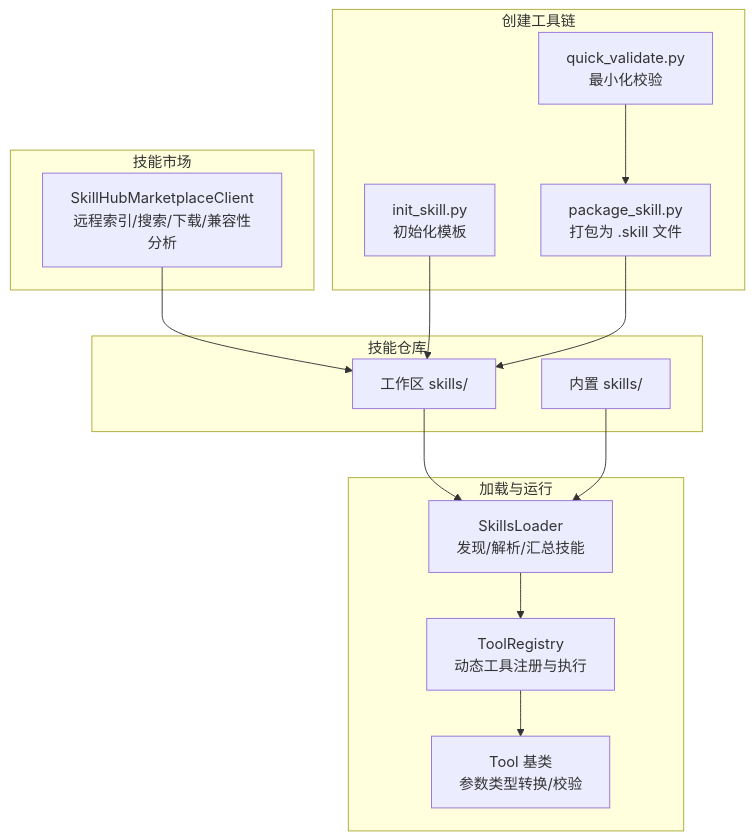
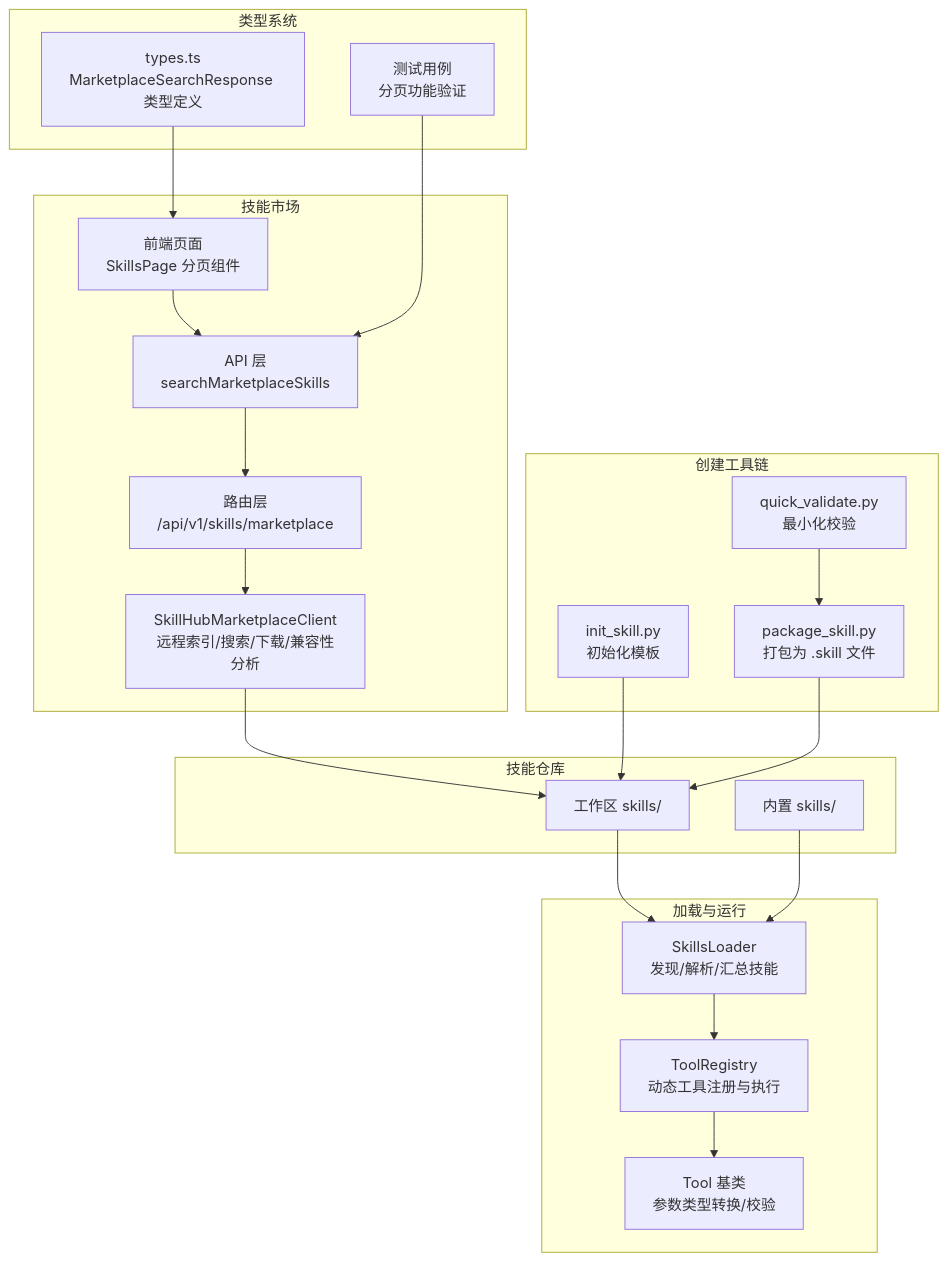
The first of 8 diagrams in .qoder/repowiki/zh/content/技能系统/技能系统.md (757607106/nanobot), drawn with Mermaid before and after one commit. The commit also changed other lines of this file and 60 other files, not shown here.

````diff
--- a/.qoder/repowiki/zh/content/技能系统/技能系统.md
+++ b/.qoder/repowiki/zh/content/技能系统/技能系统.md
@@ -37,28 +52,40 @@
 ```mermaid
 graph TB
 subgraph "技能仓库"
 WS["工作区 skills/"]
 BUILTIN["内置 skills/"]
 end
 subgraph "加载与运行"
 LOADER["SkillsLoader<br/>发现/解析/汇总技能"]
 REGISTRY["ToolRegistry<br/>动态工具注册与执行"]
 TOOL["Tool 基类<br/>参数类型转换/校验"]
 end
 subgraph "技能市场"
 MH["SkillHubMarketplaceClient<br/>远程索引/搜索/下载/兼容性分析"]
+ROUTER["路由层<br/>/api/v1/skills/marketplace"]
+API["API 层<br/>searchMarketplaceSkills"]
+PAGE["前端页面<br/>SkillsPage 分页组件"]
 end
 subgraph "创建工具链"
 INIT["init_skill.py<br/>初始化模板"]
 VALID["quick_validate.py<br/>最小化校验"]
 PKG["package_skill.py<br/>打包为 .skill 文件"]
+end
+subgraph "类型系统"
+TYPES["types.ts<br/>MarketplaceSearchResponse 类型定义"]
+TESTS["测试用例<br/>分页功能验证"]
 end
 WS --> LOADER
 BUILTIN --> LOADER
 MH --> WS
 LOADER --> REGISTRY
 REGISTRY --> TOOL
 INIT --> WS
 VALID --> PKG
 PKG --> WS
+ROUTER --> MH
+API --> ROUTER
+PAGE --> API
+TYPES --> PAGE
+TESTS --> API
 ```
````
